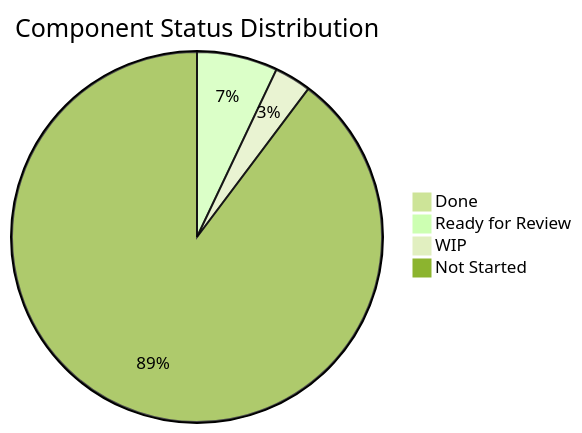
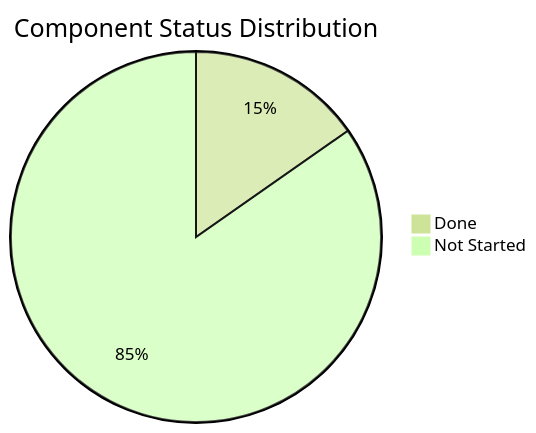
Before and after one commit to thisisashwinks/HighRise-Tokens: the first of 3 diagrams in PROJECT_STATUS_TRACKER.md, drawn with Mermaid (forest theme). The commit also changed other lines of this file and 2 other files, not shown here.

````diff
--- a/PROJECT_STATUS_TRACKER.md
+++ b/PROJECT_STATUS_TRACKER.md
@@ -278,7 +325,5 @@
 ```mermaid
 pie title Component Status Distribution
-    "Done" : 1
-    "Ready for Review" : 11
-    "WIP" : 5
-    "Not Started" : 140
+    "Done" : 24
+    "Not Started" : 133
 ```
````
